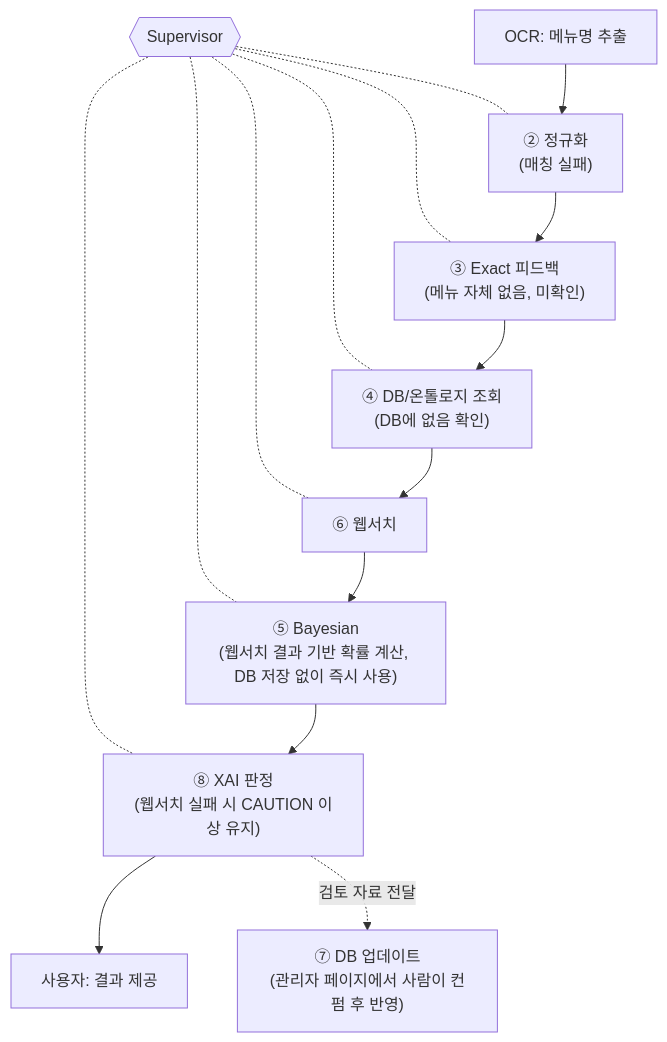
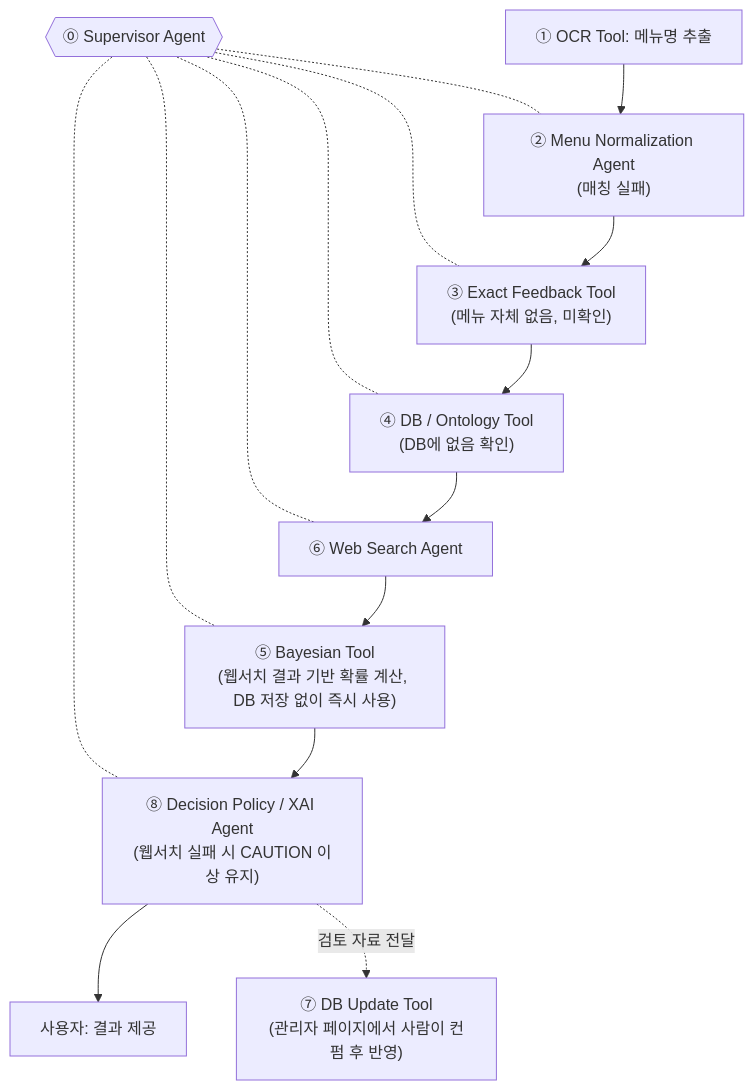
The fifth of 7 diagrams in docs/catoin-multi-agent-architecture.md (Han-Spoon/ai), drawn with Mermaid before and after one commit. The commit also changed other lines of this file and 13 other files, not shown here.

First line of the commit message:
docs: Agent·Tool 번호와 명칭을 PPT 기준으로 통일

````diff
--- a/docs/catoin-multi-agent-architecture.md
+++ b/docs/catoin-multi-agent-architecture.md
@@ -108,19 +109,19 @@
 ```mermaid
 flowchart TB
-    SUP{{Supervisor}}
+    SUP{{⓪ Supervisor Agent}}
     SUP -.- B
     SUP -.- C
     SUP -.- D
     SUP -.- W
     SUP -.- E
     SUP -.- F
 
-    A[OCR: 메뉴명 추출] --> B["② 정규화\n(매칭 실패)"]
-    B --> C["③ Exact 피드백\n(메뉴 자체 없음, 미확인)"]
-    C --> D["④ DB/온톨로지 조회\n(DB에 없음 확인)"]
-    D --> W[⑥ 웹서치]
-    W --> E["⑤ Bayesian\n(웹서치 결과 기반 확률 계산, DB 저장 없이 즉시 사용)"]
-    E --> F["⑧ XAI 판정\n(웹서치 실패 시 CAUTION 이상 유지)"]
+    A[① OCR Tool: 메뉴명 추출] --> B["② Menu Normalization Agent\n(매칭 실패)"]
+    B --> C["③ Exact Feedback Tool\n(메뉴 자체 없음, 미확인)"]
+    C --> D["④ DB / Ontology Tool\n(DB에 없음 확인)"]
+    D --> W[⑥ Web Search Agent]
+    W --> E["⑤ Bayesian Tool\n(웹서치 결과 기반 확률 계산, DB 저장 없이 즉시 사용)"]
+    E --> F["⑧ Decision Policy / XAI Agent\n(웹서치 실패 시 CAUTION 이상 유지)"]
     F --> G[사용자: 결과 제공]
-    F -.검토 자료 전달.-> ADMIN["⑦ DB 업데이트\n(관리자 페이지에서 사람이 컨펌 후 반영)"]
+    F -.검토 자료 전달.-> ADMIN["⑦ DB Update Tool\n(관리자 페이지에서 사람이 컨펌 후 반영)"]
 ```
````
